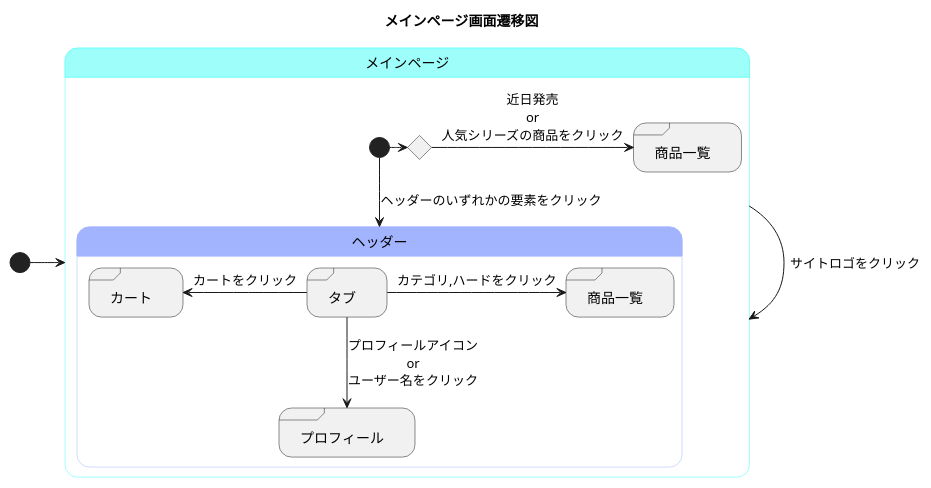
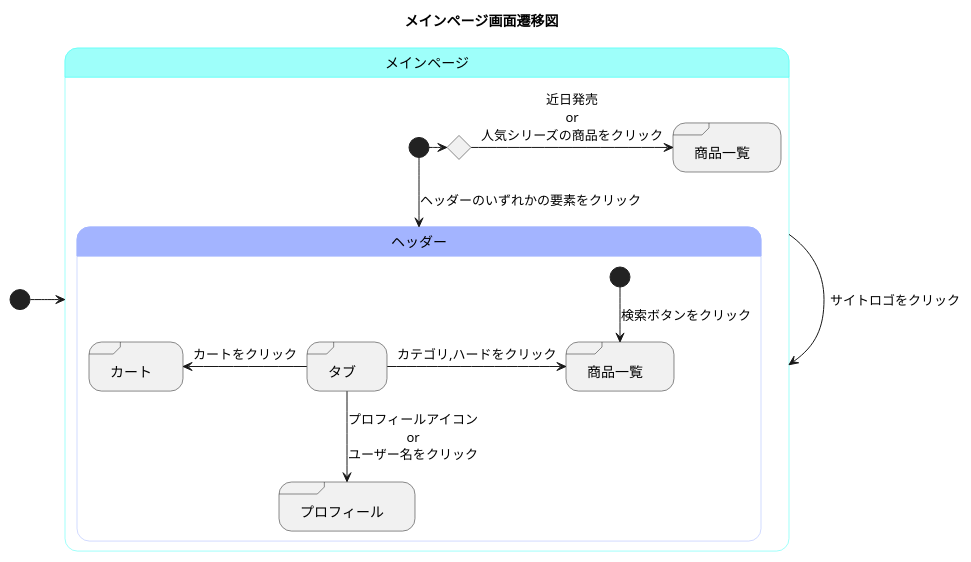
One commit to akutori/T-D-E changed the diagram in メインページ.md. Above: the diagram before and after it, drawn with PlantUML.

Commit message:
検索後の遷移を追加

````diff
--- a/メインページ.md
+++ b/メインページ.md
@@ -1,38 +1,40 @@
 ```uml
 @startuml
 title メインページ画面遷移図
 
 [*]->メインページ
 state メインページ<<mainpage>>{
+
     state ifinput<<choice>>
     state "商品一覧" as maintogoods<<sdlreceive>>
 
     [*]-->ヘッダー : ヘッダーのいずれかの要素をクリック
     メインページ -> メインページ : サイトロゴをクリック
     [*]-> ifinput
     ifinput -> maintogoods :近日発売\nor\n人気シリーズの商品をクリック
     
 
     state ヘッダー<<state_headder>>{
-        
+
         state "タブ" as tab <<sdlreceive>>
         state "カート" as cart <<sdlreceive>>
         state "プロフィール" as profile <<sdlreceive>>
         state "商品一覧" as goods<<sdlreceive>>
 
+        [*]-->goods : 検索ボタンをクリック
         tab ->goods : カテゴリ,ハードをクリック
         tab -left->cart : カートをクリック
         tab -->profile : プロフィールアイコン\nor\nユーザー名をクリック
-
+        
 
     }
 }
 
 
 skinparam stateBorderColor<<mainpage>> #40fff5
 state メインページ #9efffa
 
 skinparam stateBorderColor<<state_headder>> #a3b4ff
 state ヘッダー #a3b4ff
 @enduml
 ```
````
